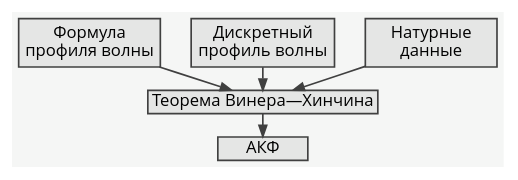
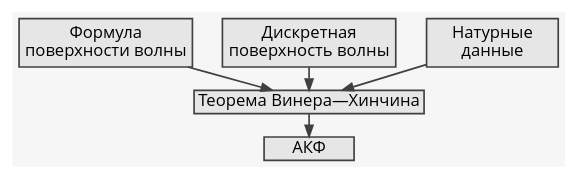
The second of 3 diagrams in arma-slides-ru.org (igankevich/arma-thesis), drawn with Graphviz before and after one commit. The commit also changed other lines of this file and 5 other files, not shown here.

```diff
--- a/arma-slides-ru.org
+++ b/arma-slides-ru.org
@@ -231,29 +232,29 @@
 #+begin_src dot :exports results :file build/acf-pipeline-ru.pdf
 digraph G {
 
   node [
 	  fontname="Open Sans",
 	  fontsize=10,
 	  margin="0.055,0",
 	  shape=box,
 	  fillcolor="#E5E6E5",
 	  style="filled",
 	  color="#404040"
   ]
   graph [nodesep="0.25",ranksep="0.20",rankdir="TB" margin=0]
   edge [arrowsize=0.66,color="#404040"]
   bgcolor="#F5F6F5"
 
-  function [label="Формула\nпрофиля волны",height="0.40"]
-  discrete_function [label="Дискретный\nпрофиль волны",height="0.40"]
+  function [label="Формула\nповерхности волны",height="0.40"]
+  discrete_function [label="Дискретная\nповерхность волны",height="0.40"]
   field_data [label="Натурные\nданные",width="1.1",height="0.40"]
   theorem [label="Теорема Винера—Хинчина",height="0.20"]
   acf [label="АКФ",height="0.20"]
 
   function->theorem
   discrete_function->theorem
   field_data->theorem
   theorem->acf
 
 }
 #+end_src
```
